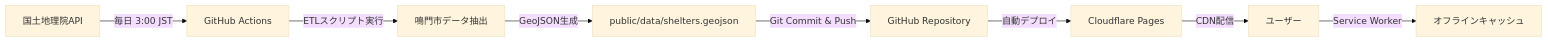
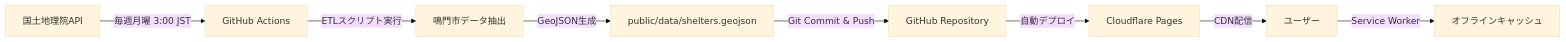
The diagram in README.md (yusakuvol/Naruto-Shelter-Map), drawn with Mermaid (base theme) before and after one commit. The commit also changed other lines of this file, not shown here.

Commit message:
README.mdのGitHub Actionsの実行頻度を「毎日3:00 JST」から「毎週月曜3:00 JST」に変更し、緊急時の手動実行についての注意書きを追加

````diff
--- a/README.md
+++ b/README.md
@@ -185,10 +185,10 @@
 ```mermaid
 graph LR
-    A[国土地理院API] -->|毎日 3:00 JST| B[GitHub Actions]
+    A[国土地理院API] -->|毎週月曜 3:00 JST| B[GitHub Actions]
     B -->|ETLスクリプト実行| C[鳴門市データ抽出]
     C -->|GeoJSON生成| D[public/data/shelters.geojson]
     D -->|Git Commit & Push| E[GitHub Repository]
     E -->|自動デプロイ| F[Cloudflare Pages]
     F -->|CDN配信| G[ユーザー]
     G -->|Service Worker| H[オフラインキャッシュ]
 ```
````
